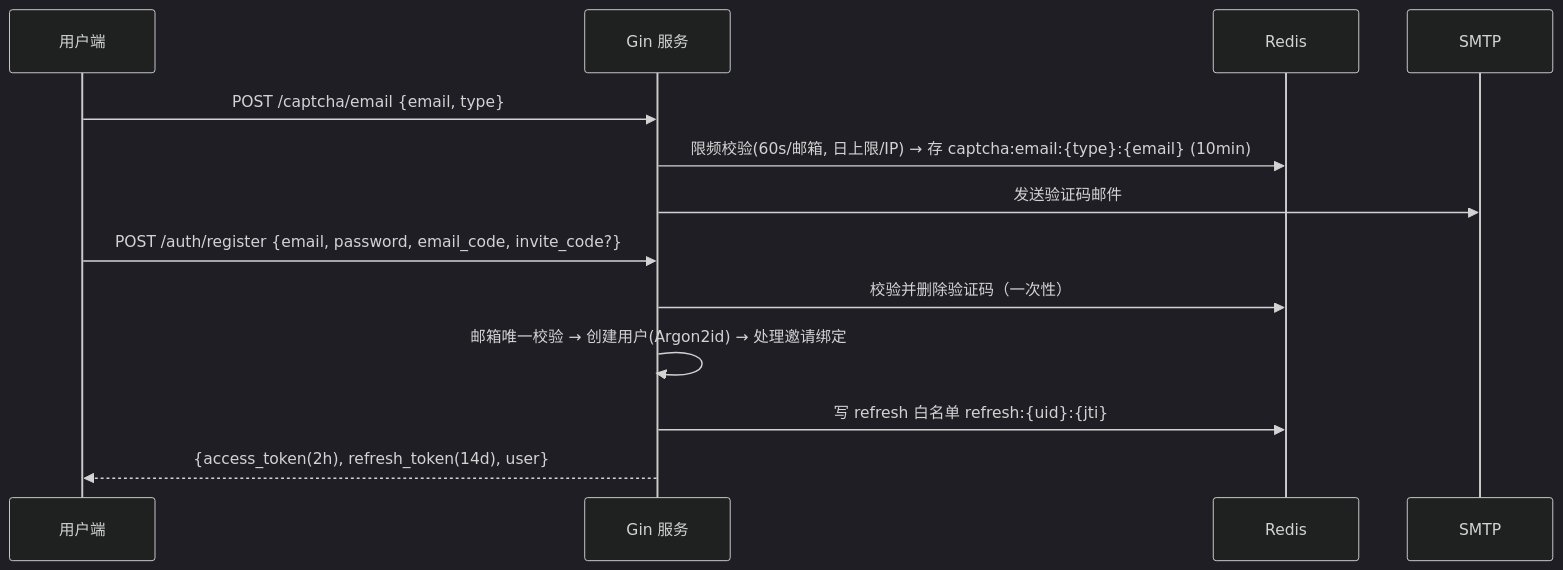
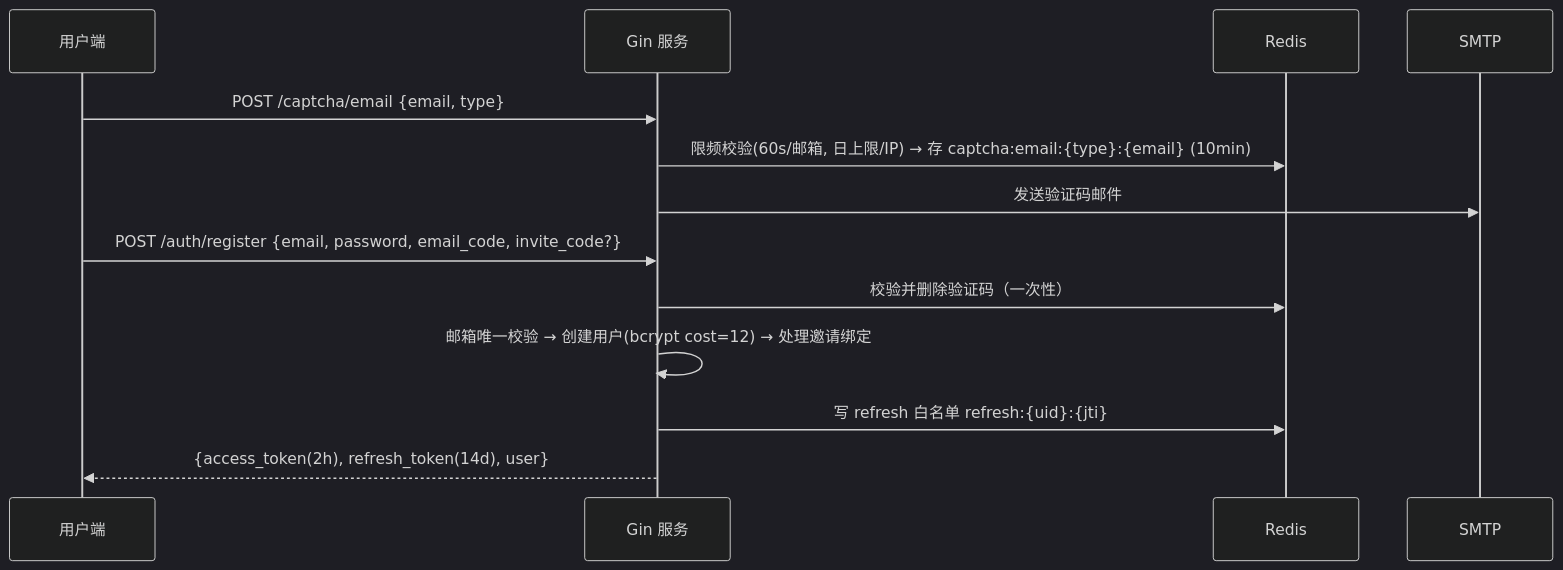
One commit to superMC5657/YLink changed the first of 4 diagrams in docs/backend/core-flows.md. Above: the diagram before and after it, drawn with Mermaid (dark theme). The commit also changed other lines of this file and 11 other files, not shown here.

````diff
--- a/docs/backend/core-flows.md
+++ b/docs/backend/core-flows.md
@@ -7,15 +7,15 @@
 ```mermaid
 sequenceDiagram
     participant U as 用户端
     participant S as Gin 服务
     participant R as Redis
     participant M as SMTP
     U->>S: POST /captcha/email {email, type}
     S->>R: 限频校验(60s/邮箱, 日上限/IP) → 存 captcha:email:{type}:{email} (10min)
     S->>M: 发送验证码邮件
     U->>S: POST /auth/register {email, password, email_code, invite_code?}
     S->>R: 校验并删除验证码（一次性）
-    S->>S: 邮箱唯一校验 → 创建用户(Argon2id) → 处理邀请绑定
+    S->>S: 邮箱唯一校验 → 创建用户(bcrypt cost=12) → 处理邀请绑定
     S->>R: 写 refresh 白名单 refresh:{uid}:{jti}
     S-->>U: {access_token(2h), refresh_token(14d), user}
 ```
````
